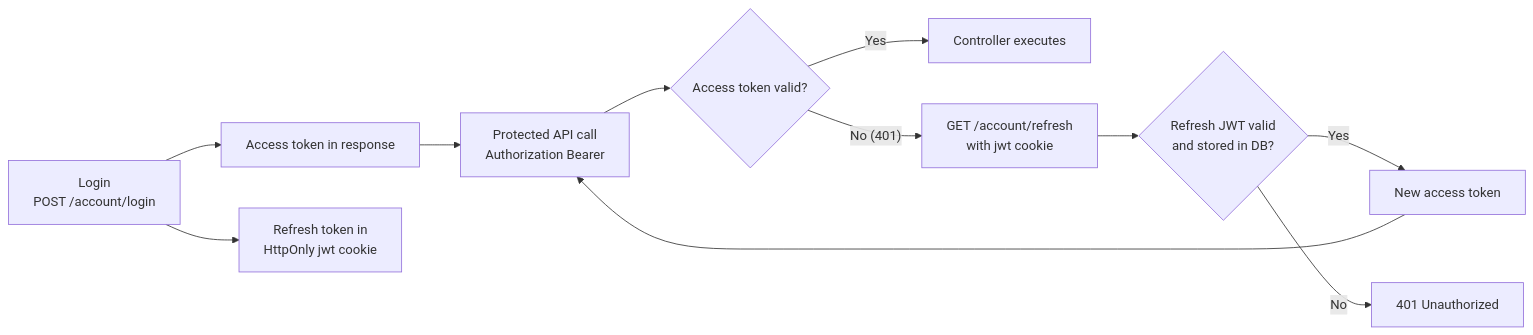
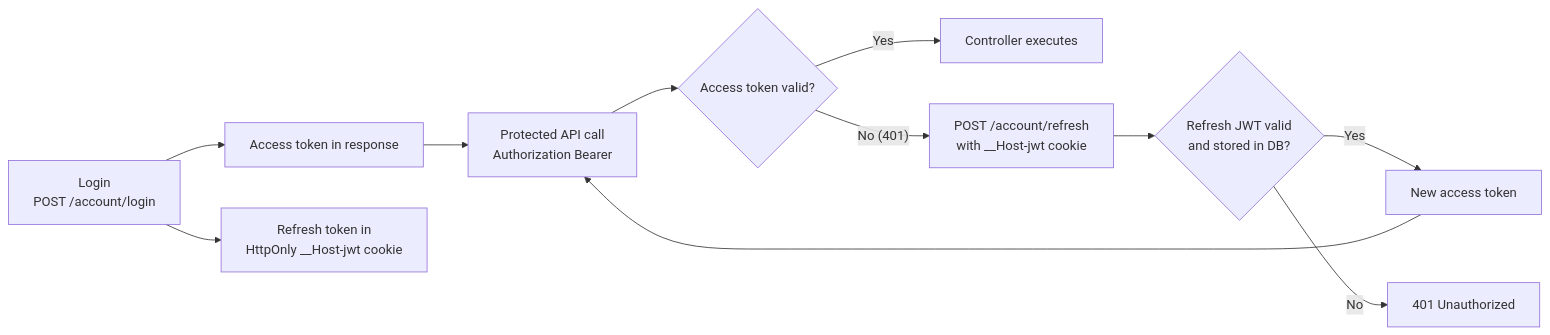
One commit to Guebbit/boilerplate-node-backend changed the first of 4 diagrams in docs/tools/security.md. Above: the diagram before and after it, drawn with Mermaid. The commit also changed other lines of this file and 48 other files, not shown here.

First line of the commit message:
feat(account)!: a __Host- refresh cookie, a POST refresh, and origin checks on cookie-only routes

````diff
--- a/docs/tools/security.md
+++ b/docs/tools/security.md
@@ -235,13 +235,13 @@
 ```mermaid
 flowchart LR
     A[Login\nPOST /account/login] --> B[Access token in response]
-    A --> C[Refresh token in\nHttpOnly jwt cookie]
+    A --> C[Refresh token in\nHttpOnly __Host-jwt cookie]
     B --> D[Protected API call\nAuthorization Bearer]
     D --> E{Access token valid?}
     E -- Yes --> F[Controller executes]
-    E -- No (401) --> G[GET /account/refresh\nwith jwt cookie]
+    E -- No (401) --> G[POST /account/refresh\nwith __Host-jwt cookie]
     G --> H{Refresh JWT valid\nand stored in DB?}
     H -- Yes --> I[New access token]
     I --> D
     H -- No --> J[401 Unauthorized]
 ```
````
